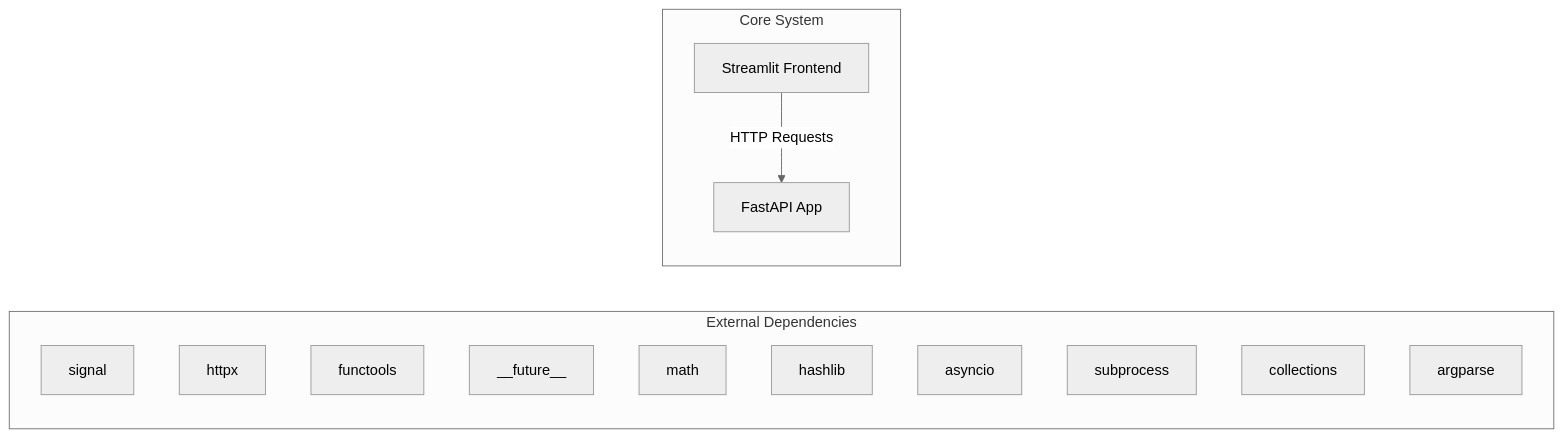
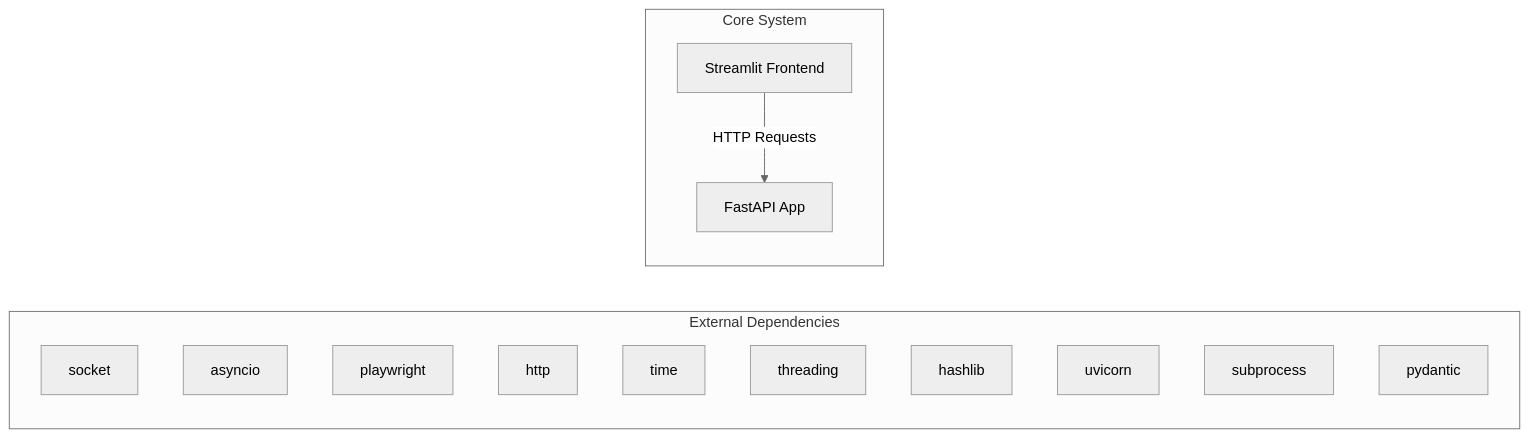
The first of 2 diagrams in docs/architecture.md (NITISH-R-G/rag-context-optimizer), drawn with Mermaid (neutral theme) before and after one commit. The commit also changed 1 other file, not shown here.

Commit message:
docs: auto-update repository knowledge, architecture diagrams, and documentation

````diff
--- a/docs/architecture.md
+++ b/docs/architecture.md
@@ -7,20 +7,20 @@
 ```mermaid
 graph LR
     subgraph External Dependencies
-        E0["signal"]
-        E1["httpx"]
-        E2["functools"]
-        E3["__future__"]
-        E4["math"]
-        E5["hashlib"]
-        E6["asyncio"]
-        E7["subprocess"]
-        E8["collections"]
-        E9["argparse"]
+        E0["socket"]
+        E1["asyncio"]
+        E2["playwright"]
+        E3["http"]
+        E4["time"]
+        E5["threading"]
+        E6["hashlib"]
+        E7["uvicorn"]
+        E8["subprocess"]
+        E9["pydantic"]
     end
     subgraph Core System
         API["FastAPI App"]
         UI["Streamlit Frontend"]
     end
     UI -->|HTTP Requests| API
 ```
````
